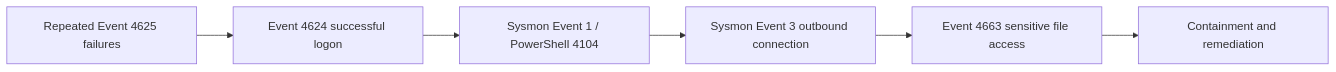
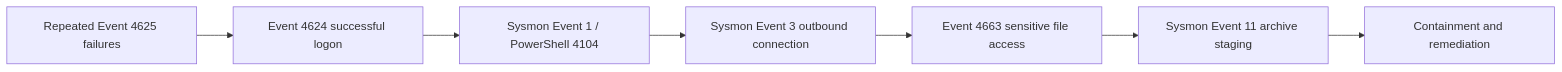
Before and after one commit to jblaz6335/soc-incident-investigation-lab: the diagram in README.md, drawn with Mermaid. The commit also changed other lines of this file and 20 other files, not shown here.

````diff
--- a/README.md
+++ b/README.md
@@ -11,8 +11,9 @@
 ```mermaid
 flowchart LR
     A["Repeated Event 4625 failures"] --> B["Event 4624 successful logon"]
     B --> C["Sysmon Event 1 / PowerShell 4104"]
     C --> D["Sysmon Event 3 outbound connection"]
     D --> E["Event 4663 sensitive file access"]
-    E --> F["Containment and remediation"]
+    E --> F["Sysmon Event 11 archive staging"]
+    F --> G["Containment and remediation"]
 ```
````
